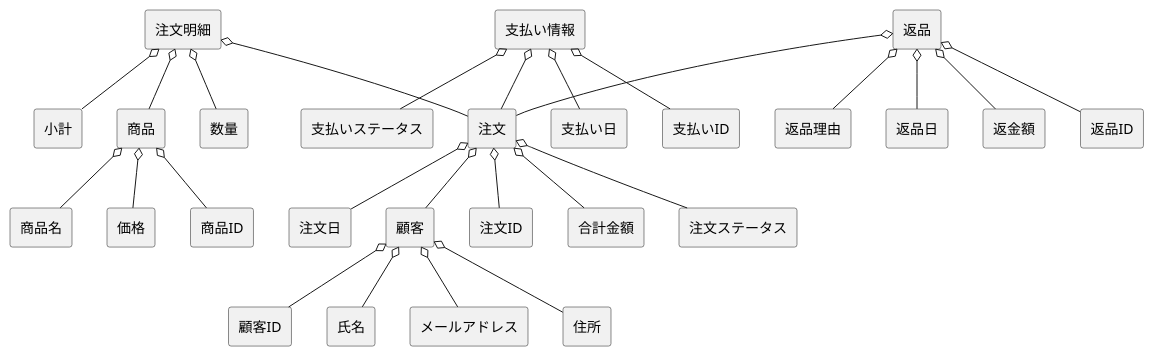
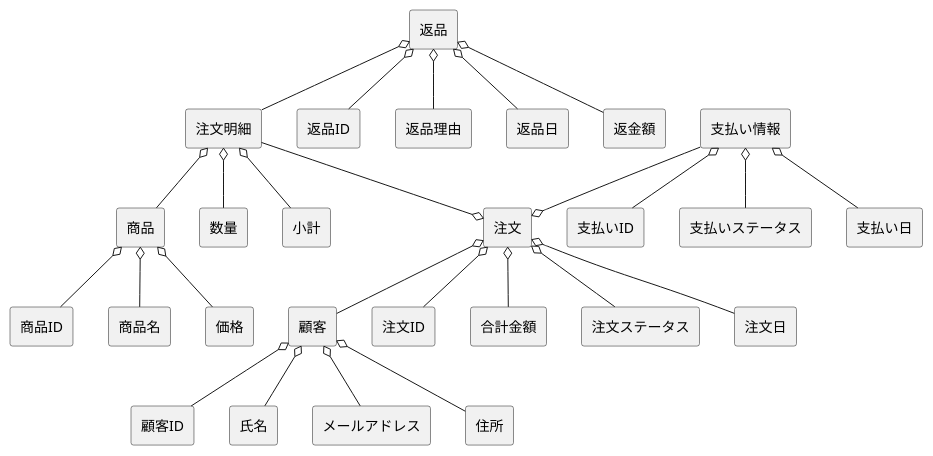
Before and after one commit to sugimoto0804/o-hara_uml: the diagram in group/bb_shop/BBdomain.pu, drawn with PlantUML. The commit also changed 3 other files, not shown here.

```diff
--- a/group/bb_shop/BBdomain.pu
+++ b/group/bb_shop/BBdomain.pu
@@ -1,41 +1,41 @@
 @startuml BBショップ注文管理ドメインモデル
 skinparam componentStyle rectangle
 
 ' 顧客エンティティ
 [顧客] o-- [顧客ID]
 [顧客] o-- [氏名]
 [顧客] o-- [メールアドレス]
 [顧客] o-- [住所]
 
 ' 商品エンティティ
 [商品] o-- [商品ID]
 [商品] o-- [商品名]
 [商品] o-- [価格]
 
 ' 注文エンティティ
 [注文] o-- [注文ID]
 [注文] o-- [顧客]
 [注文] o-- [合計金額]
 [注文] o-- [注文ステータス]
 [注文] o-- [注文日]
 
 ' 注文明細エンティティ
-[注文明細] o-- [注文]
+[注文明細] --o [注文]
 [注文明細] o-- [商品]
 [注文明細] o-- [数量]
 [注文明細] o-- [小計]
 
 ' 支払い情報エンティティ
-[支払い情報] o-- [注文]
+[支払い情報] --o [注文]
 [支払い情報] o-- [支払いID]
 [支払い情報] o-- [支払いステータス]
 [支払い情報] o-- [支払い日]
 
 ' 返品エンティティ
-[返品] o-- [注文]
+[返品] o-- [注文明細]
 [返品] o-- [返品ID]
 [返品] o-- [返品理由]
 [返品] o-- [返品日]
 [返品] o-- [返金額]
 
 @enduml
```
